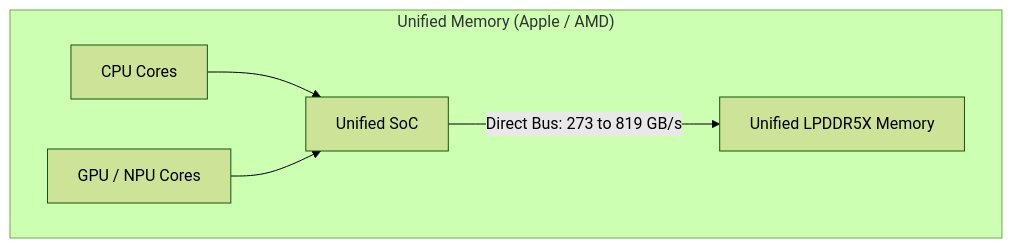
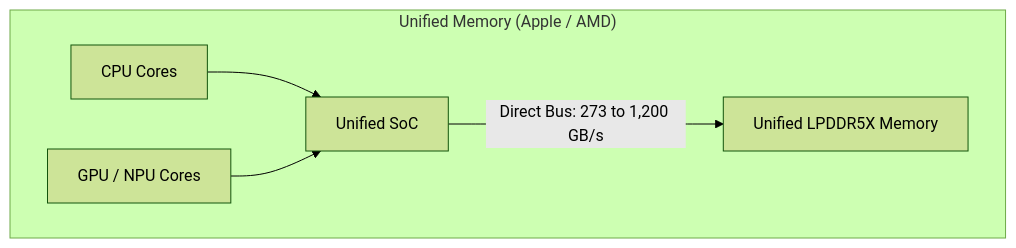
One commit to DamienBecherini/ia-on-prem-vault changed the second of 2 diagrams in en/01-fondations/unified-memory-vs-ram-vs-vram.md. Above: the diagram before and after it, drawn with Mermaid (forest theme). The commit also changed other lines of this file and 10 other files, not shown here.

````diff
--- a/en/01-fondations/unified-memory-vs-ram-vs-vram.md
+++ b/en/01-fondations/unified-memory-vs-ram-vs-vram.md
@@ -35,8 +35,8 @@
 ```mermaid
 graph TD
     subgraph "Unified Memory (Apple / AMD)"
-        SOC[Unified SoC] -->|Direct Bus: 273 to 819 GB/s| UMEM[Unified LPDDR5X Memory]
+        SOC[Unified SoC] -->|Direct Bus: 273 to 1,200 GB/s| UMEM[Unified LPDDR5X Memory]
         SOC_CPU[CPU Cores] --> SOC
         SOC_GPU[GPU / NPU Cores] --> SOC
     end
 ```
````
